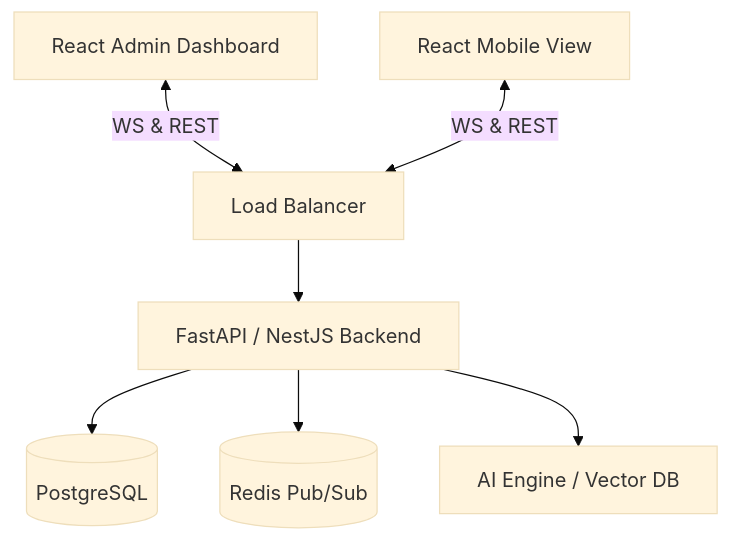
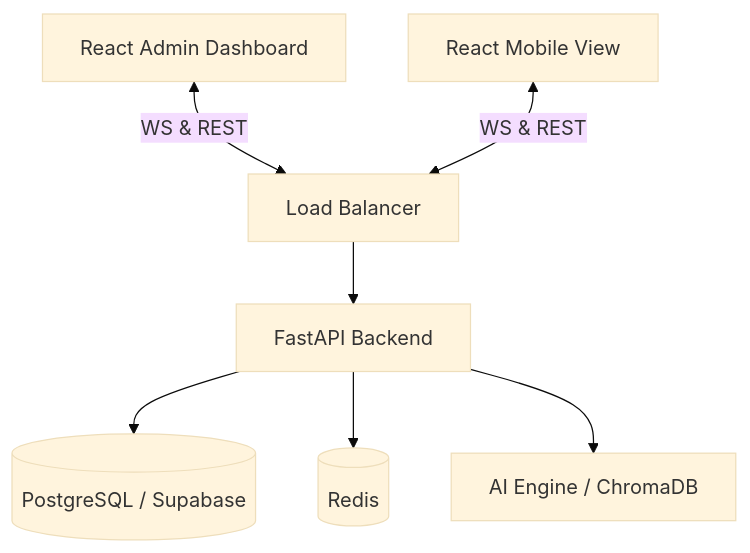
The diagram in docs/techspec/techspec.md (sel-nexus/QbrainLabs), drawn with Mermaid (base theme) before and after one commit. The commit also changed other lines of this file and 23 other files, not shown here.

````diff
--- a/docs/techspec/techspec.md
+++ b/docs/techspec/techspec.md
@@ -21,9 +22,9 @@
 ```mermaid
 graph TD
     Client_Facilitator[React Admin Dashboard] <-->|WS & REST| LB[Load Balancer]
     Client_Participant[React Mobile View] <-->|WS & REST| LB
-    LB --> API[FastAPI / NestJS Backend]
-    API --> DB[(PostgreSQL)]
-    API --> Cache[(Redis Pub/Sub)]
-    API --> AI[AI Engine / Vector DB]
+    LB --> API[FastAPI Backend]
+    API --> DB[(PostgreSQL / Supabase)]
+    API --> Cache[(Redis)]
+    API --> AI[AI Engine / ChromaDB]
 ```
````
